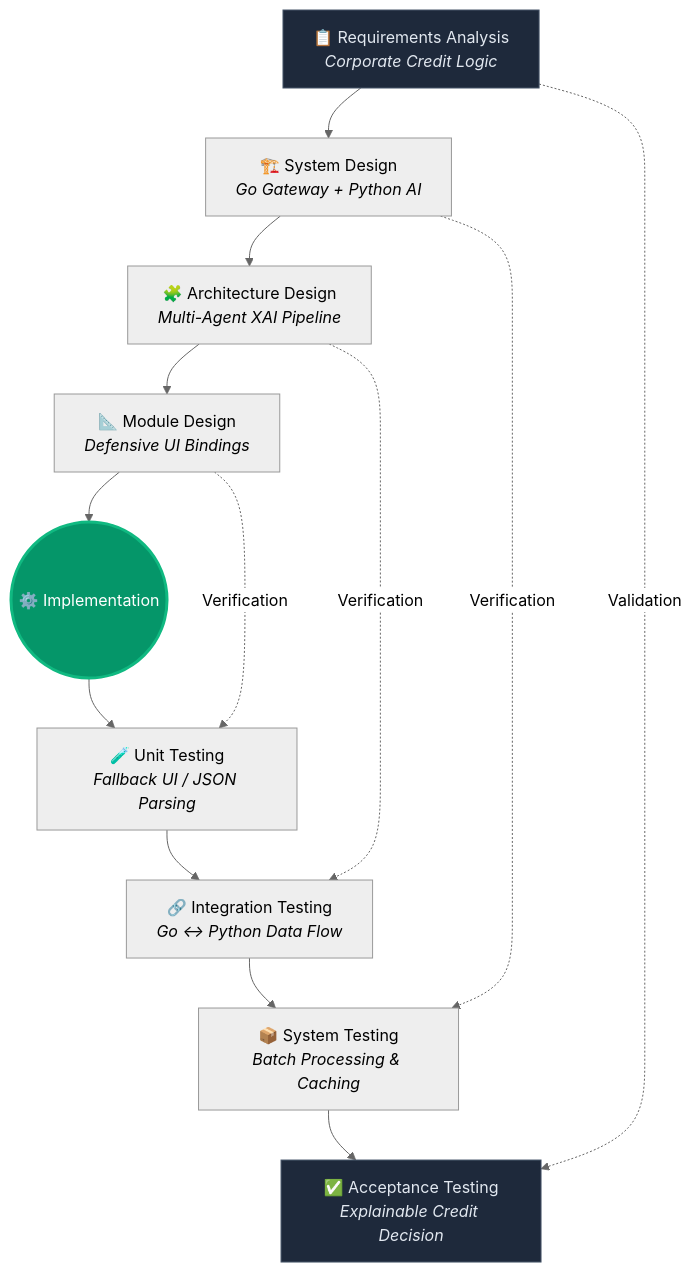
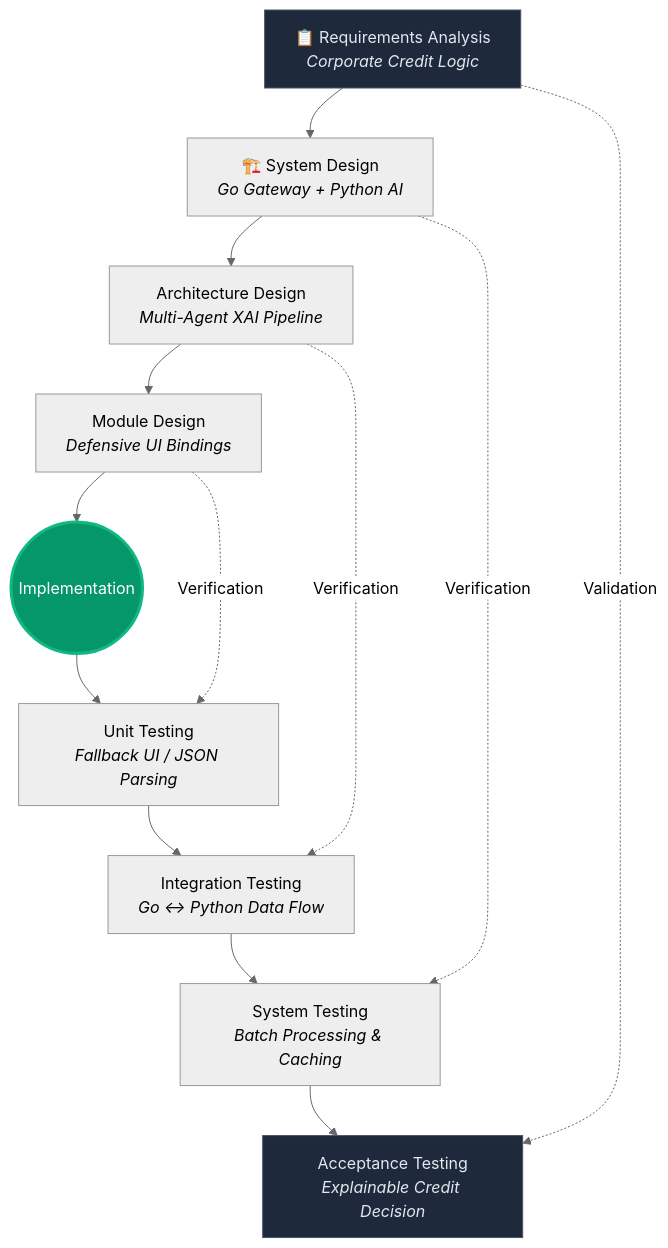
One commit to EyupEfeAslan2/hm_mobil_app_2 changed the third of 3 diagrams in README.md. Above: the diagram before and after it, drawn with Mermaid (neutral theme). The commit also changed other lines of this file, not shown here.

````diff
--- a/README.md
+++ b/README.md
@@ -490,21 +490,21 @@
 ```mermaid
 graph TD
     A["📋 Requirements Analysis<br/><i>Corporate Credit Logic</i>"] --> B["🏗️ System Design<br/><i>Go Gateway + Python AI</i>"]
-    B --> C["🧩 Architecture Design<br/><i>Multi-Agent XAI Pipeline</i>"]
-    C --> D["📐 Module Design<br/><i>Defensive UI Bindings</i>"]
-    D --> E(("⚙️ Implementation"))
+    B --> C["Architecture Design<br/><i>Multi-Agent XAI Pipeline</i>"]
+    C --> D["Module Design<br/><i>Defensive UI Bindings</i>"]
+    D --> E(("Implementation"))
 
-    E --> F["🧪 Unit Testing<br/><i>Fallback UI / JSON Parsing</i>"]
-    F --> G["🔗 Integration Testing<br/><i>Go ↔ Python Data Flow</i>"]
-    G --> H["📦 System Testing<br/><i>Batch Processing & Caching</i>"]
-    H --> I["✅ Acceptance Testing<br/><i>Explainable Credit Decision</i>"]
+    E --> F["Unit Testing<br/><i>Fallback UI / JSON Parsing</i>"]
+    F --> G["Integration Testing<br/><i>Go ↔ Python Data Flow</i>"]
+    G --> H["System Testing<br/><i>Batch Processing & Caching</i>"]
+    H --> I["Acceptance Testing<br/><i>Explainable Credit Decision</i>"]
 
     A -..->|"Validation"| I
     B -..->|"Verification"| H
     C -..->|"Verification"| G
     D -..->|"Verification"| F
 
     style E fill:#059669,stroke:#10b981,stroke-width:3px,color:#fff
     style A fill:#1e293b,stroke:#475569,color:#e2e8f0
     style I fill:#1e293b,stroke:#475569,color:#e2e8f0
 ```
````
